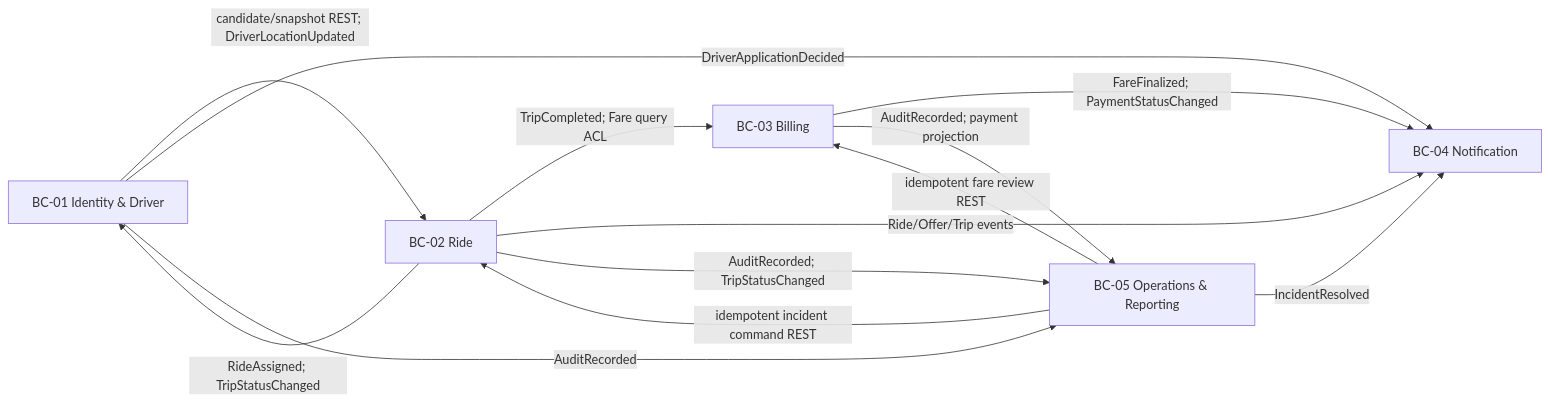
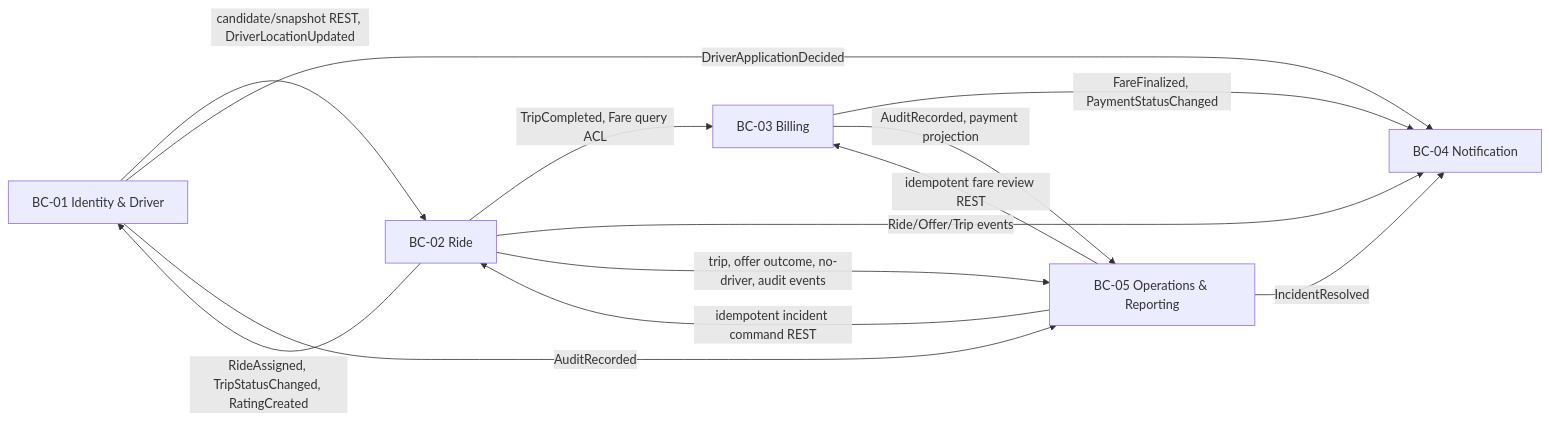
One commit to HHT777/23659411_HuynhHuuTuan_CABsystem changed the first of 14 diagrams in microservice.md. Above: the diagram before and after it, drawn with Mermaid. The commit also changed other lines of this file and 3 other files, not shown here.

````diff
--- a/microservice.md
+++ b/microservice.md
@@ -27,21 +27,21 @@
 ```mermaid
 flowchart LR
   ID[BC-01 Identity & Driver]
   R[BC-02 Ride]
   B[BC-03 Billing]
   N[BC-04 Notification]
   O[BC-05 Operations & Reporting]
 
-  ID -->|candidate/snapshot REST; DriverLocationUpdated| R
-  R -->|RideAssigned; TripStatusChanged| ID
-  R -->|TripCompleted; Fare query ACL| B
+  ID -->|candidate/snapshot REST, DriverLocationUpdated| R
+  R -->|RideAssigned, TripStatusChanged, RatingCreated| ID
+  R -->|TripCompleted, Fare query ACL| B
   R -->|Ride/Offer/Trip events| N
-  B -->|FareFinalized; PaymentStatusChanged| N
+  B -->|FareFinalized, PaymentStatusChanged| N
   ID -->|DriverApplicationDecided| N
   ID -->|AuditRecorded| O
-  R -->|AuditRecorded; TripStatusChanged| O
-  B -->|AuditRecorded; payment projection| O
+  R -->|trip, offer outcome, no-driver, audit events| O
+  B -->|AuditRecorded, payment projection| O
   O -->|idempotent incident command REST| R
   O -->|idempotent fare review REST| B
   O -->|IncidentResolved| N
 ```
````
